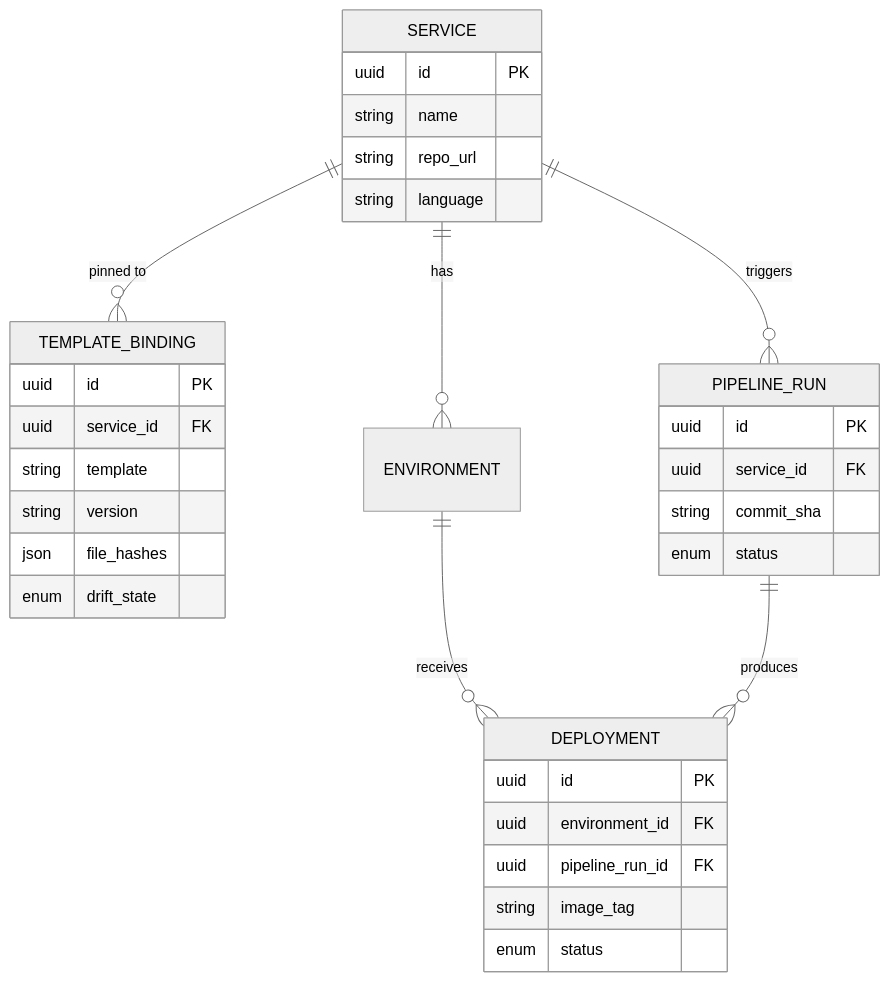
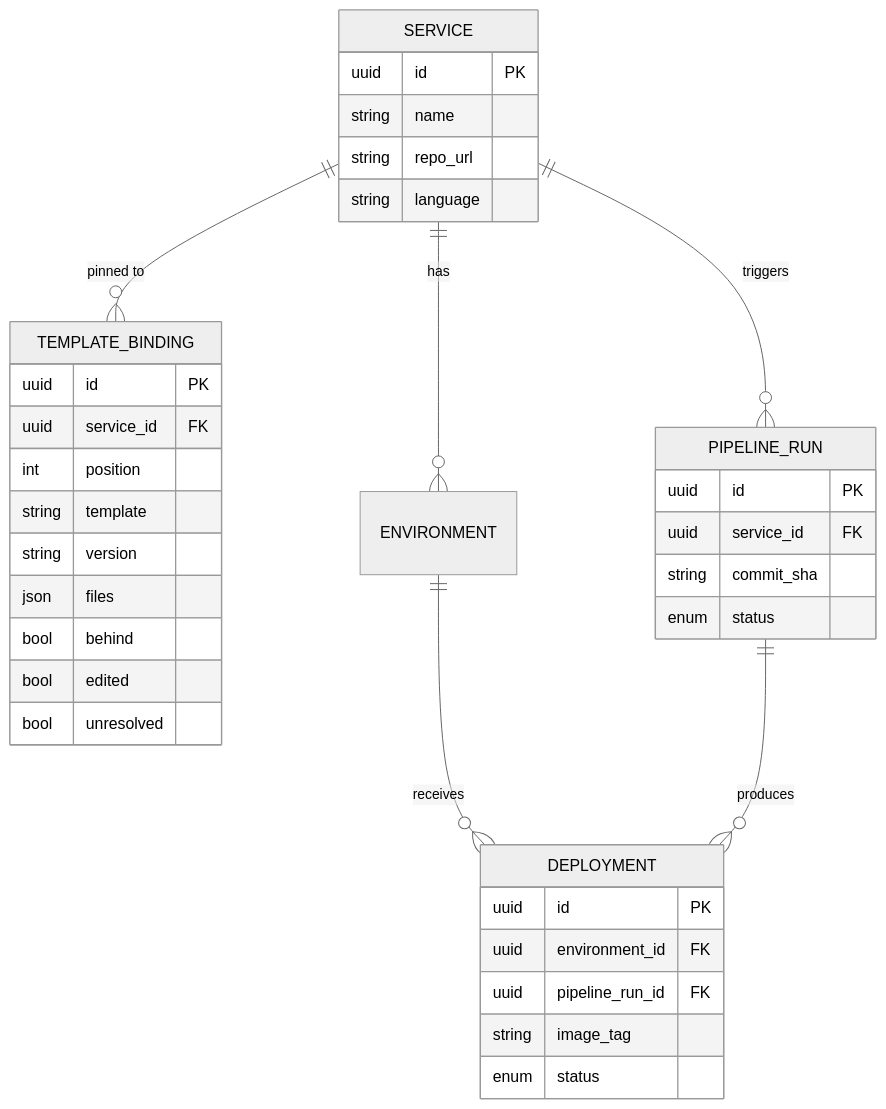
The fourth of 4 diagrams in README.md (sameeralam3127/ansari), drawn with Mermaid (neutral theme) before and after one commit. The commit also changed other lines of this file and 15 other files, not shown here.

````diff
--- a/README.md
+++ b/README.md
@@ -446,36 +446,39 @@
 ```mermaid
 erDiagram
     SERVICE ||--o{ TEMPLATE_BINDING : "pinned to"
     SERVICE ||--o{ ENVIRONMENT : has
     SERVICE ||--o{ PIPELINE_RUN : triggers
     ENVIRONMENT ||--o{ DEPLOYMENT : receives
     PIPELINE_RUN ||--o{ DEPLOYMENT : produces
 
     SERVICE {
         uuid id PK
         string name
         string repo_url
         string language
     }
     TEMPLATE_BINDING {
         uuid id PK
         uuid service_id FK
+        int position
         string template
         string version
-        json file_hashes
-        enum drift_state
+        json files
+        bool behind
+        bool edited
+        bool unresolved
     }
     PIPELINE_RUN {
         uuid id PK
         uuid service_id FK
         string commit_sha
         enum status
     }
     DEPLOYMENT {
         uuid id PK
         uuid environment_id FK
         uuid pipeline_run_id FK
         string image_tag
         enum status
     }
 ```
````
